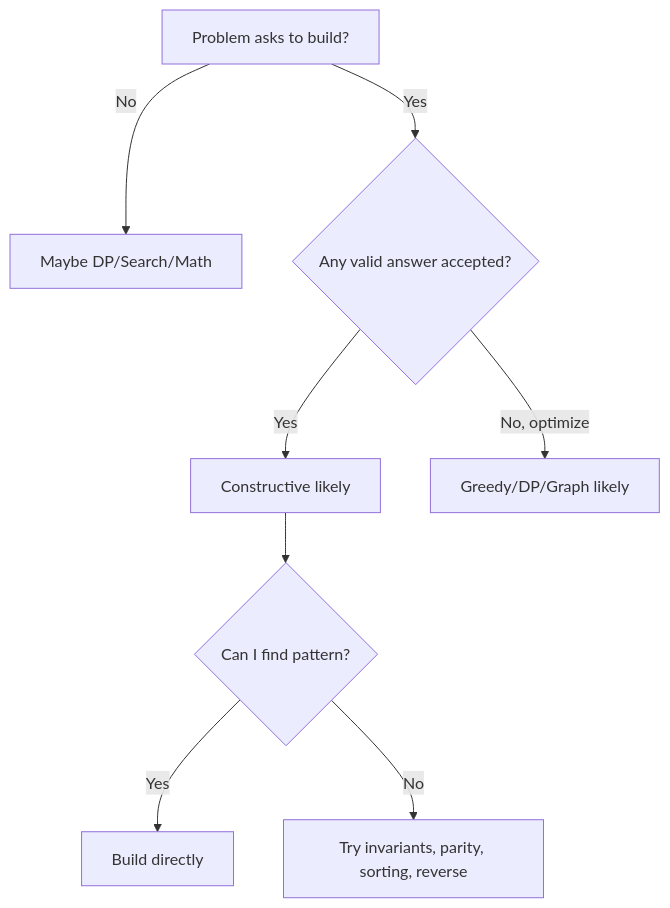
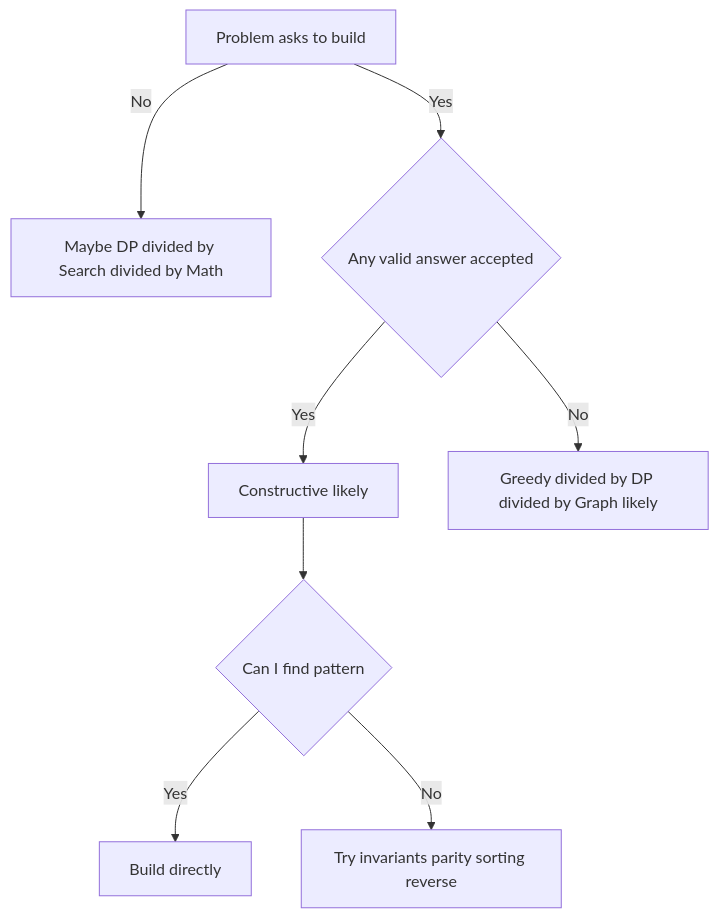
The second of 25 diagrams in CP_DSA_NOTES/002_CONCEPT_FRAMEWORK_FORMS_TATICS/011_CONTRUCTIVE_ALGORITHMS_CFFT.md (mthaiseer/springcloud-systemdesign-notes), drawn with Mermaid before and after one commit. The commit also changed other lines of this file and 1 other file, not shown here.

````diff
--- a/CP_DSA_NOTES/002_CONCEPT_FRAMEWORK_FORMS_TATICS/011_CONTRUCTIVE_ALGORITHMS_CFFT.md
+++ b/CP_DSA_NOTES/002_CONCEPT_FRAMEWORK_FORMS_TATICS/011_CONTRUCTIVE_ALGORITHMS_CFFT.md
@@ -108,10 +103,10 @@
 ```mermaid
 flowchart TD
-    A[Problem asks to build?] -->|No| B[Maybe DP/Search/Math]
-    A -->|Yes| C{Any valid answer accepted?}
-    C -->|Yes| D[Constructive likely]
-    C -->|No, optimize| E[Greedy/DP/Graph likely]
-    D --> F{Can I find pattern?}
-    F -->|Yes| G[Build directly]
-    F -->|No| H[Try invariants, parity, sorting, reverse]
+    A["Problem asks to build"] -->|No| B["Maybe DP divided by Search divided by Math"]
+    A -->|Yes| C{"Any valid answer accepted"}
+    C -->|Yes| D["Constructive likely"]
+    C -->|No| E["Greedy divided by DP divided by Graph likely"]
+    D --> F{"Can I find pattern"}
+    F -->|Yes| G["Build directly"]
+    F -->|No| H["Try invariants parity sorting reverse"]
 ```
````
